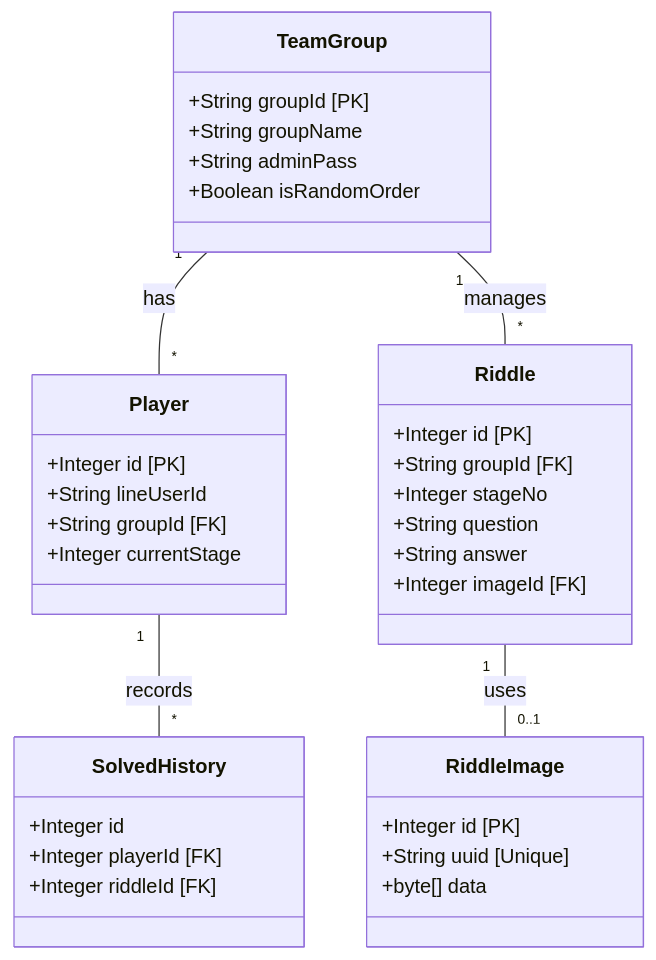
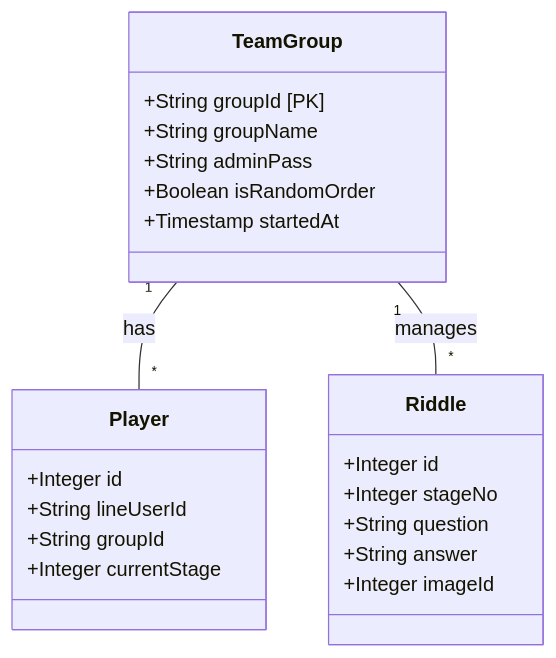
One commit to gantaro-max/mysterybot changed the first of 2 diagrams in DESIGN.md. Above: the diagram before and after it, drawn with Mermaid. The commit also changed other lines of this file and 2 other files, not shown here.

````diff
--- a/DESIGN.md
+++ b/DESIGN.md
@@ -204,47 +149,31 @@
 ```mermaid
 classDiagram
     %% イベント管理
     class TeamGroup {
         +String groupId [PK]
         +String groupName
         +String adminPass
         +Boolean isRandomOrder
+        +Timestamp startedAt
     }
 
     %% 参加者
     class Player {
-        +Integer id [PK]
+        +Integer id
         +String lineUserId
-        +String groupId [FK]
+        +String groupId
         +Integer currentStage
     }
 
     %% 謎データ
     class Riddle {
-        +Integer id [PK]
-        +String groupId [FK]
+        +Integer id
         +Integer stageNo
         +String question
         +String answer
-        +Integer imageId [FK]
-    }
-
-    %% 画像データ
-    class RiddleImage {
-        +Integer id [PK]
-        +String uuid [Unique]
-        +byte[] data
-    }
-
-    %% 履歴
-    class SolvedHistory {
-        +Integer id
-        +Integer playerId [FK]
-        +Integer riddleId [FK]
+        +Integer imageId
     }
 
     TeamGroup "1" -- "*" Player : has
     TeamGroup "1" -- "*" Riddle : manages
-    Player "1" -- "*" SolvedHistory : records
-    Riddle "1" -- "0..1" RiddleImage : uses
 ```
````
